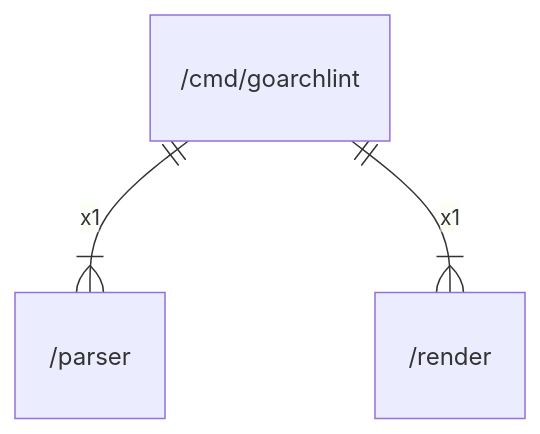
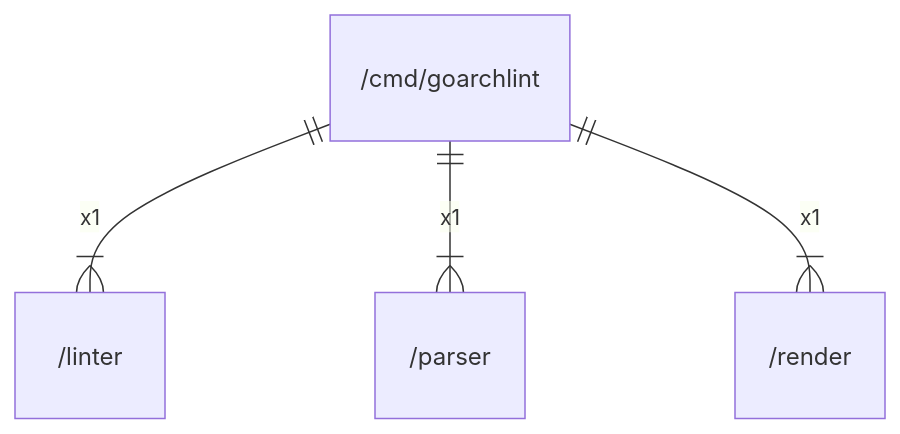
Before and after one commit to gbh007/goarchlint: the diagram in docs/arch/cmd/goarchlint.md, drawn with Mermaid. The commit also changed other lines of this file and 13 other files, not shown here.

````diff
--- a/docs/arch/cmd/goarchlint.md
+++ b/docs/arch/cmd/goarchlint.md
@@ -18,5 +20,6 @@
 ```mermaid
 erDiagram
+    "/cmd/goarchlint" ||--|{ "/linter" : x1
     "/cmd/goarchlint" ||--|{ "/parser" : x1
     "/cmd/goarchlint" ||--|{ "/render" : x1
 ```
````
